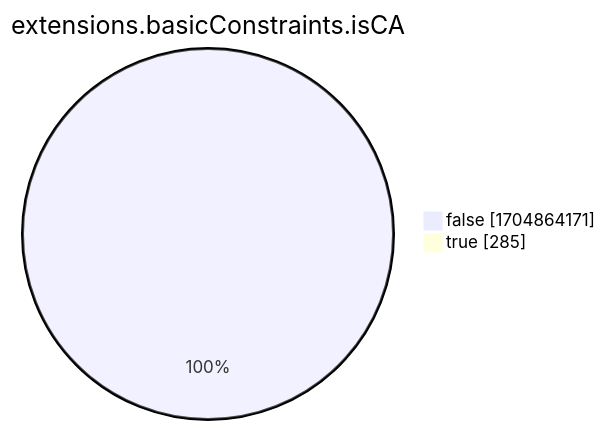
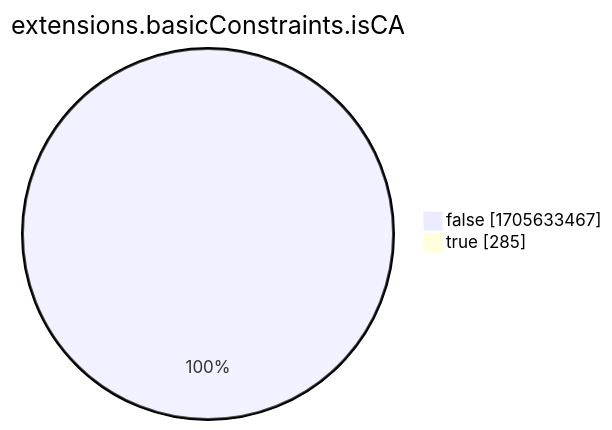
One commit to christiankrug/ctmonitor_visualization changed the eighth of 15 diagrams in xenon2022/README.md. Above: the diagram before and after it, drawn with Mermaid. The commit also changed other lines of this file, not shown here.

````diff
--- a/xenon2022/README.md
+++ b/xenon2022/README.md
@@ -2865,6 +2865,6 @@
 ```mermaid
 pie showData
 title extensions.basicConstraints.isCA
-"false" :1704864171
+"false" :1705633467
 "true" :285
 ```
````
